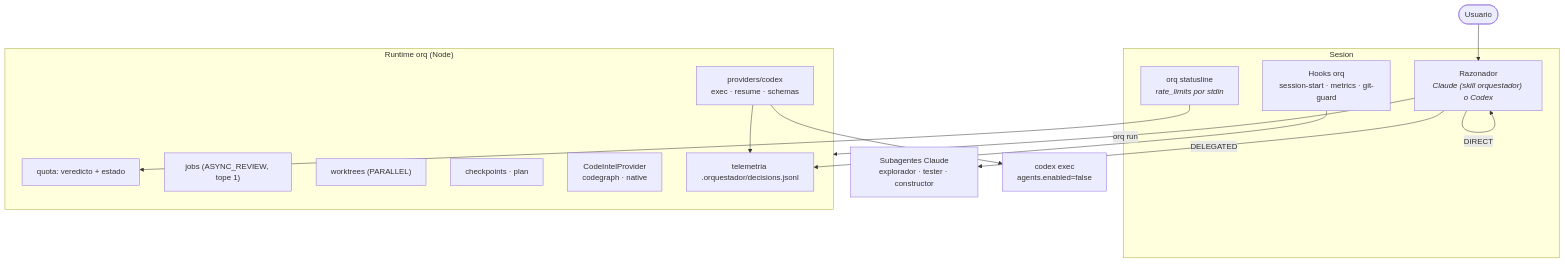
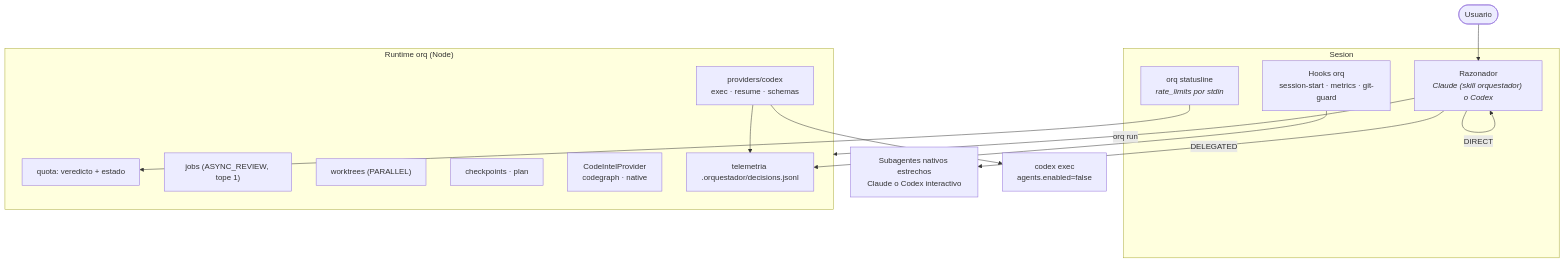
Before and after one commit to Javier12301/ClaudeGPT: the first of 2 diagrams in docs/SYSTEM.md, drawn with Mermaid. The commit also changed other lines of this file and 39 other files, not shown here.

````diff
--- a/docs/SYSTEM.md
+++ b/docs/SYSTEM.md
@@ -320,25 +320,25 @@
 ```mermaid
 flowchart TD
     USR([Usuario]) --> R
     subgraph S["Sesion"]
         R["Razonador<br/><i>Claude (skill orquestador) o Codex</i>"]
         H["Hooks orq<br/>session-start · metrics · git-guard"]
         SL["orq statusline<br/><i>rate_limits por stdin</i>"]
     end
     R -->|DIRECT| R
-    R -->|DELEGATED| SA["Subagentes Claude<br/>explorador · tester · constructor"]
+    R -->|DELEGATED| SA["Subagentes nativos estrechos<br/>Claude o Codex interactivo"]
     R -->|"orq run"| RT
     subgraph RT["Runtime orq (Node)"]
         Q["quota: veredicto + estado"]
         CX["providers/codex<br/>exec · resume · schemas"]
         J["jobs (ASYNC_REVIEW, tope 1)"]
         W["worktrees (PARALLEL)"]
         CK["checkpoints · plan"]
         CI["CodeIntelProvider<br/>codegraph · native"]
         T["telemetria .orquestador/decisions.jsonl"]
     end
     CX --> CODEX["codex exec<br/>agents.enabled=false"]
     SL --> Q
     H --> T
     CX --> T
 ```
````
